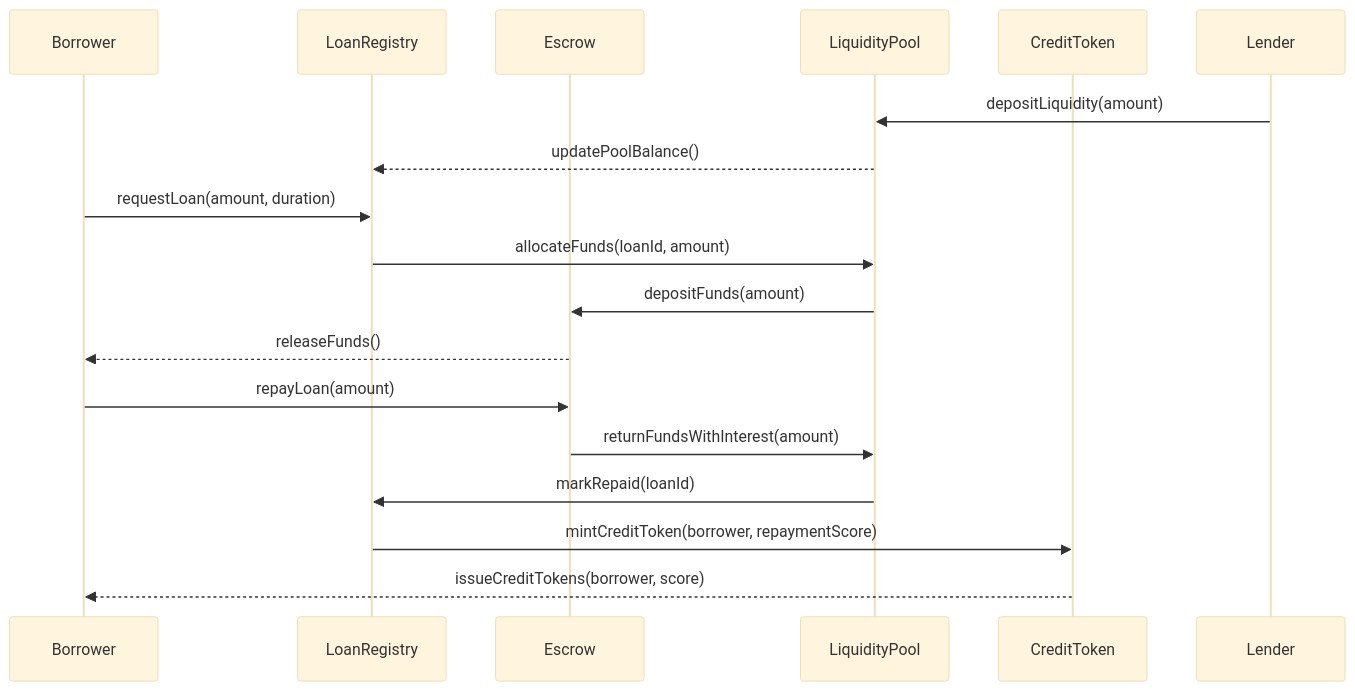
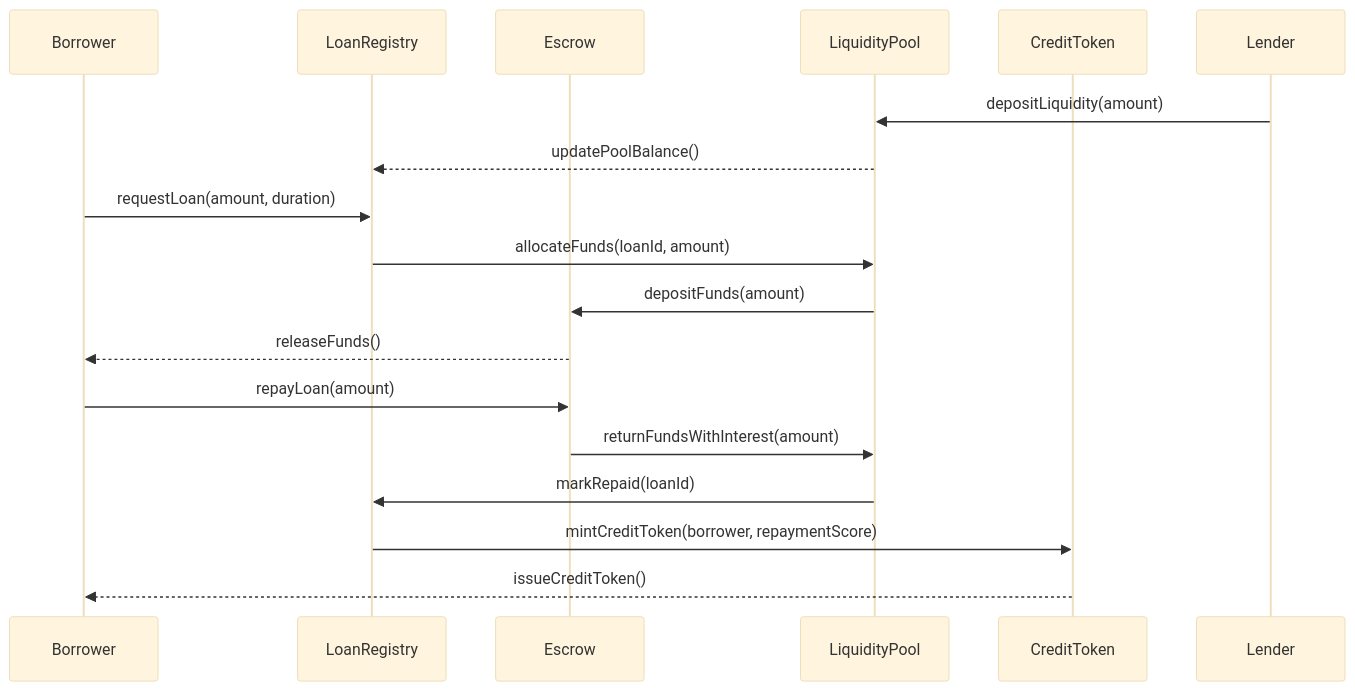
Before and after one commit to FTC-Project/ftc-lendx: the second of 2 diagrams in contracts/contracts.md, drawn with Mermaid (base theme). The commit also changed other lines of this file, not shown here.

````diff
--- a/contracts/contracts.md
+++ b/contracts/contracts.md
@@ -30,23 +35,23 @@
 ```{mermaid}
 sequenceDiagram
     participant Borrower
     participant LoanRegistry
     participant Escrow
     participant LiquidityPool
     participant CreditToken
     participant Lender
 
     Lender->>LiquidityPool: depositLiquidity(amount)
     LiquidityPool-->>LoanRegistry: updatePoolBalance()
 
     Borrower->>LoanRegistry: requestLoan(amount, duration)
     LoanRegistry->>LiquidityPool: allocateFunds(loanId, amount)
     LiquidityPool->>Escrow: depositFunds(amount)
     Escrow-->>Borrower: releaseFunds()
 
     Borrower->>Escrow: repayLoan(amount)
     Escrow->>LiquidityPool: returnFundsWithInterest(amount)
     LiquidityPool->>LoanRegistry: markRepaid(loanId)
     LoanRegistry->>CreditToken: mintCreditToken(borrower, repaymentScore)
-    CreditToken-->>Borrower: issueCreditTokens(borrower, score)
+    CreditToken-->>Borrower: issueCreditToken()
 ```
````
